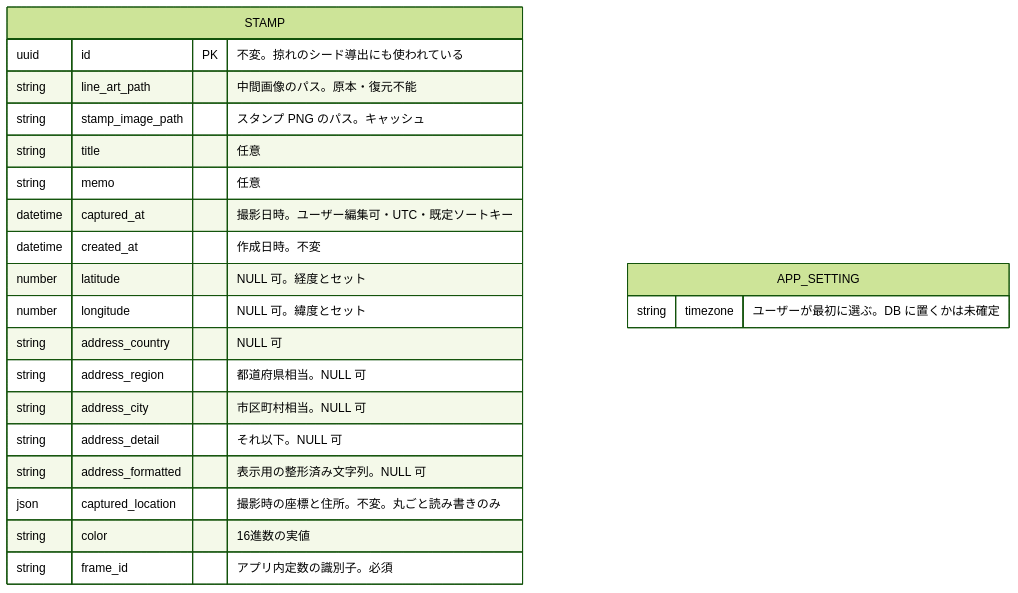
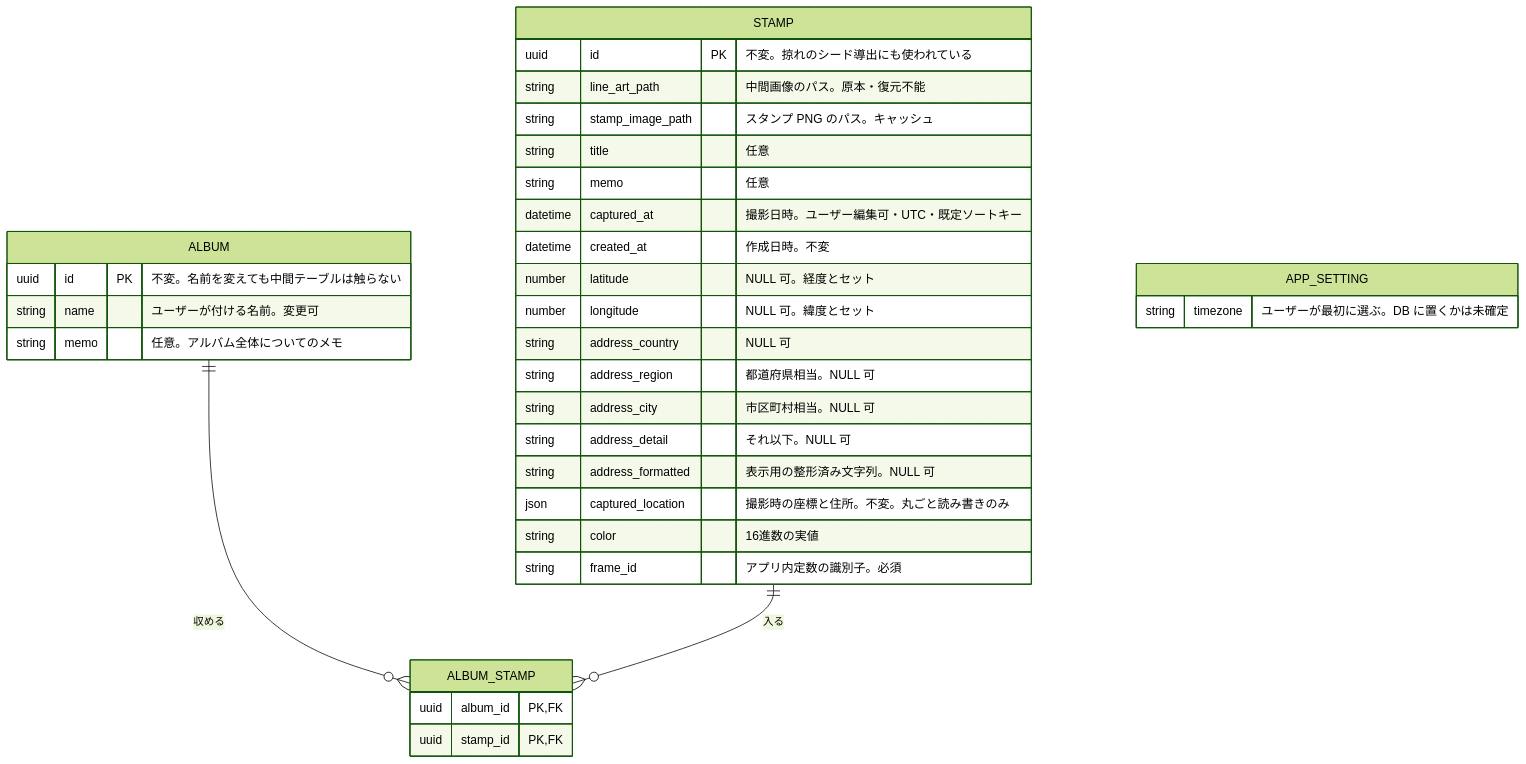
One commit to monarizzz/tabipon changed the first of 3 diagrams in docs/data-model.md. Above: the diagram before and after it, drawn with Mermaid (forest theme). The commit also changed other lines of this file, not shown here.

````diff
--- a/docs/data-model.md
+++ b/docs/data-model.md
@@ -58,26 +59,40 @@
 ```mermaid
 erDiagram
     STAMP {
         uuid id PK "不変。掠れのシード導出にも使われている"
         string line_art_path "中間画像のパス。原本・復元不能"
         string stamp_image_path "スタンプ PNG のパス。キャッシュ"
         string title "任意"
         string memo "任意"
         datetime captured_at "撮影日時。ユーザー編集可・UTC・既定ソートキー"
         datetime created_at "作成日時。不変"
         number latitude "NULL 可。経度とセット"
         number longitude "NULL 可。緯度とセット"
         string address_country "NULL 可"
         string address_region "都道府県相当。NULL 可"
         string address_city "市区町村相当。NULL 可"
         string address_detail "それ以下。NULL 可"
         string address_formatted "表示用の整形済み文字列。NULL 可"
         json captured_location "撮影時の座標と住所。不変。丸ごと読み書きのみ"
         string color "16進数の実値"
         string frame_id "アプリ内定数の識別子。必須"
     }
 
+    ALBUM {
+        uuid id PK "不変。名前を変えても中間テーブルは触らない"
+        string name "ユーザーが付ける名前。変更可"
+        string memo "任意。アルバム全体についてのメモ"
+    }
+
+    ALBUM_STAMP {
+        uuid album_id PK,FK
+        uuid stamp_id PK,FK
+    }
+
     APP_SETTING {
         string timezone "ユーザーが最初に選ぶ。DB に置くかは未確定"
     }
+
+    ALBUM ||--o{ ALBUM_STAMP : "収める"
+    STAMP ||--o{ ALBUM_STAMP : "入る"
 ```
````
